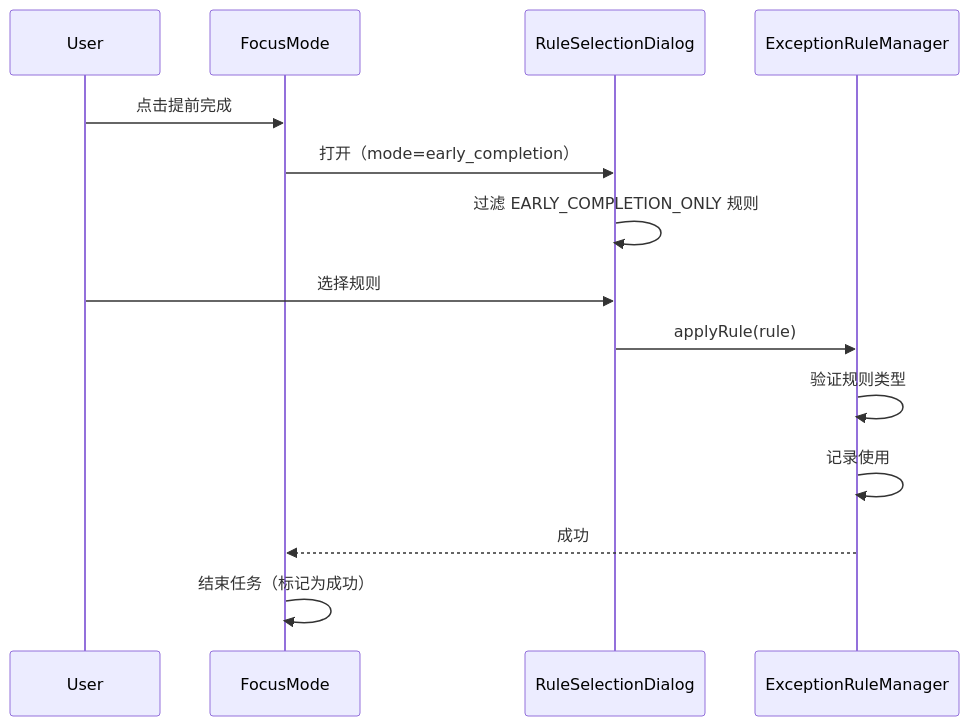
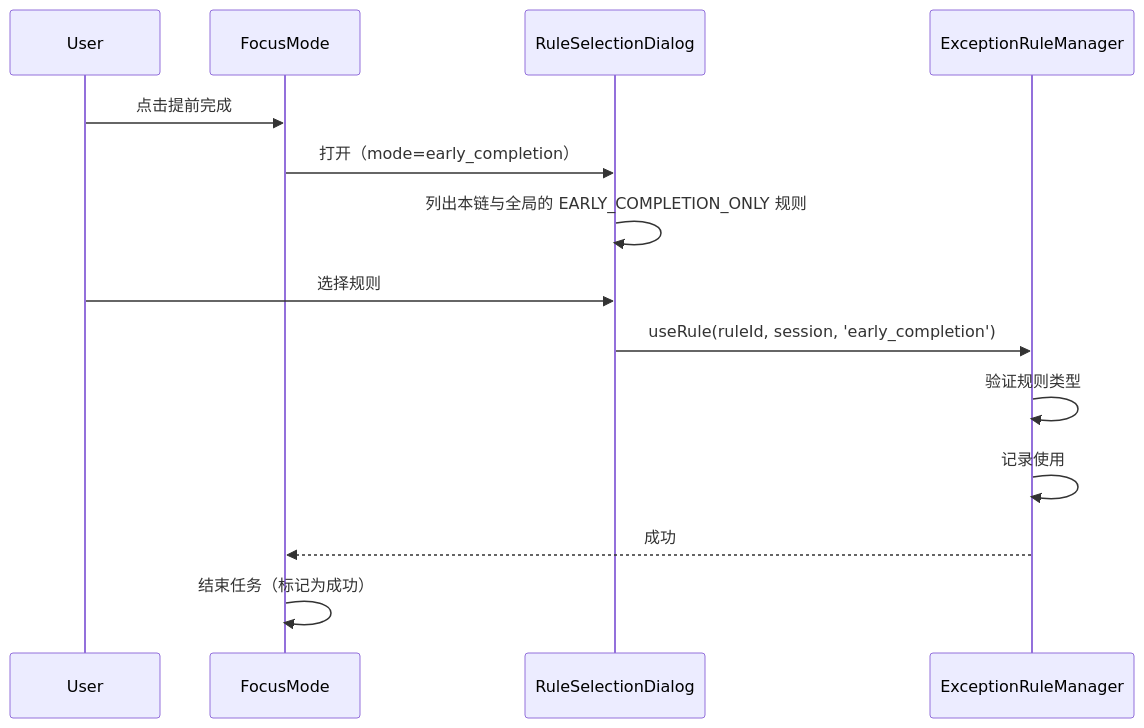
One commit to KenXiao1/momentum changed the second of 2 diagrams in docs/features/DOMAIN_RULES.md. Above: the diagram before and after it, drawn with Mermaid. The commit also changed other lines of this file and 243 other files, not shown here.

````diff
--- a/docs/features/DOMAIN_RULES.md
+++ b/docs/features/DOMAIN_RULES.md
@@ -172,17 +160,17 @@
 ```mermaid
 sequenceDiagram
     participant User
     participant FocusMode
     participant RuleSelectionDialog
     participant ExceptionRuleManager
 
     User->>FocusMode: 点击提前完成
     FocusMode->>RuleSelectionDialog: 打开（mode=early_completion）
-    RuleSelectionDialog->>RuleSelectionDialog: 过滤 EARLY_COMPLETION_ONLY 规则
+    RuleSelectionDialog->>RuleSelectionDialog: 列出本链与全局的 EARLY_COMPLETION_ONLY 规则
     User->>RuleSelectionDialog: 选择规则
-    RuleSelectionDialog->>ExceptionRuleManager: applyRule(rule)
+    RuleSelectionDialog->>ExceptionRuleManager: useRule(ruleId, session, 'early_completion')
     ExceptionRuleManager->>ExceptionRuleManager: 验证规则类型
     ExceptionRuleManager->>ExceptionRuleManager: 记录使用
     ExceptionRuleManager-->>FocusMode: 成功
     FocusMode->>FocusMode: 结束任务（标记为成功）
 ```
````
